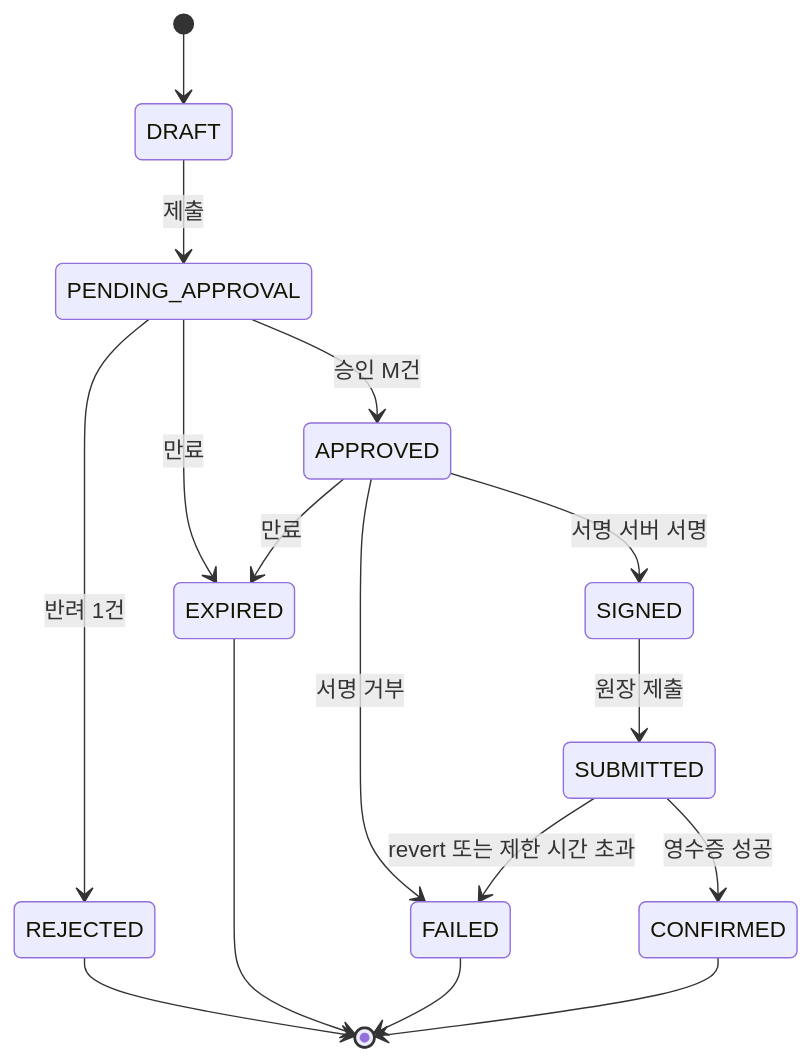
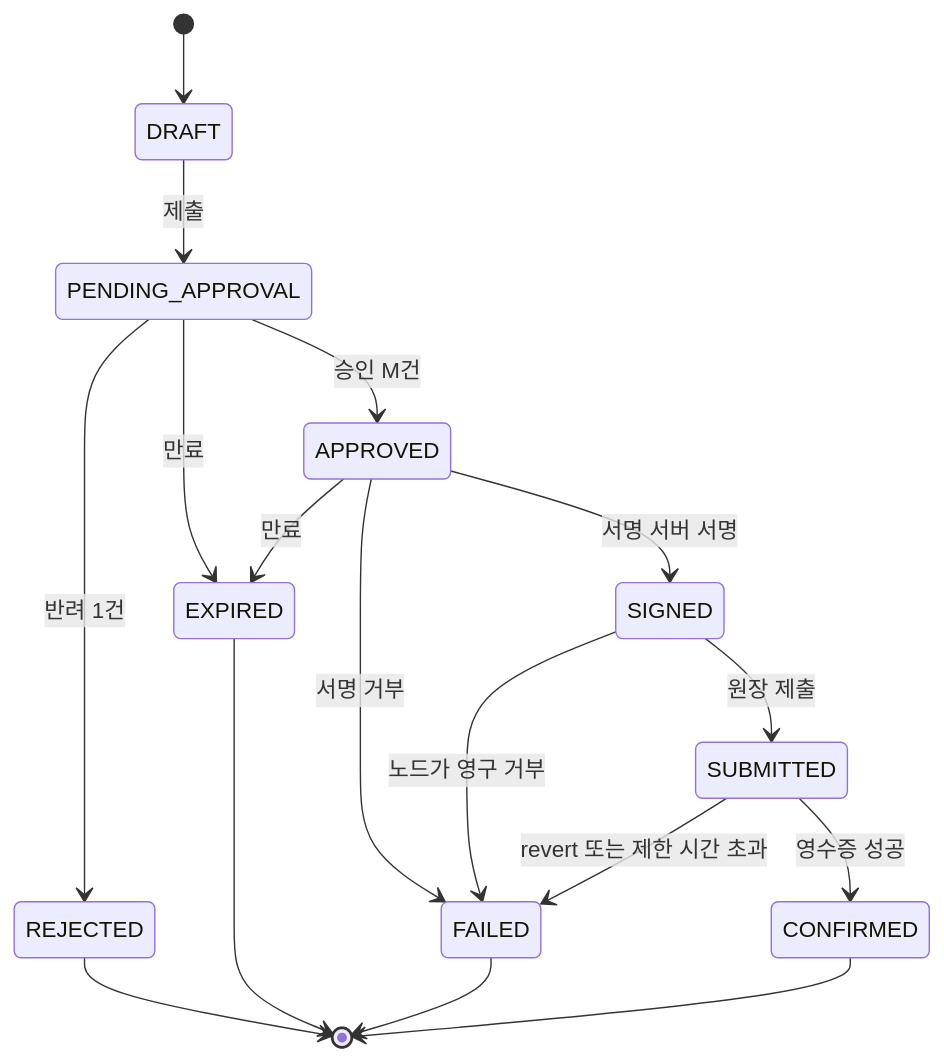
Before and after one commit to nrstyle14/sto-key-management-signing-mvp: the third of 3 diagrams in docs/02_개발설계서.md, drawn with Mermaid. The commit also changed other lines of this file and 85 other files, not shown here.

````diff
--- a/docs/02_개발설계서.md
+++ b/docs/02_개발설계서.md
@@ -217,18 +220,19 @@
 ```mermaid
 stateDiagram-v2
   [*] --> DRAFT
   DRAFT --> PENDING_APPROVAL: 제출
   PENDING_APPROVAL --> APPROVED: 승인 M건
   PENDING_APPROVAL --> REJECTED: 반려 1건
   PENDING_APPROVAL --> EXPIRED: 만료
   APPROVED --> SIGNED: 서명 서버 서명
   APPROVED --> FAILED: 서명 거부
   APPROVED --> EXPIRED: 만료
   SIGNED --> SUBMITTED: 원장 제출
+  SIGNED --> FAILED: 노드가 영구 거부
   SUBMITTED --> CONFIRMED: 영수증 성공
   SUBMITTED --> FAILED: revert 또는 제한 시간 초과
   REJECTED --> [*]
   EXPIRED --> [*]
   FAILED --> [*]
   CONFIRMED --> [*]
 ```
````
